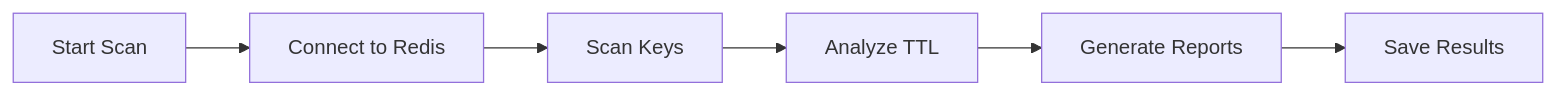
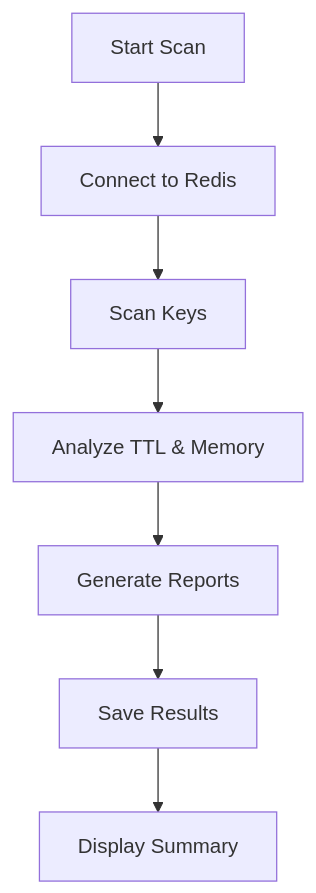
One commit to Abhinav-birdeye/redetective changed the first of 4 diagrams in README.md. Above: the diagram before and after it, drawn with Mermaid. The commit also changed other lines of this file and 4 other files, not shown here.

````diff
--- a/README.md
+++ b/README.md
@@ -67,8 +75,9 @@
 ```mermaid
-graph LR
+graph TD
     A[Start Scan] --> B[Connect to Redis]
     B --> C[Scan Keys]
-    C --> D[Analyze TTL]
+    C --> D[Analyze TTL & Memory]
     D --> E[Generate Reports]
     E --> F[Save Results]
+    F --> G[Display Summary]
 ```
````
